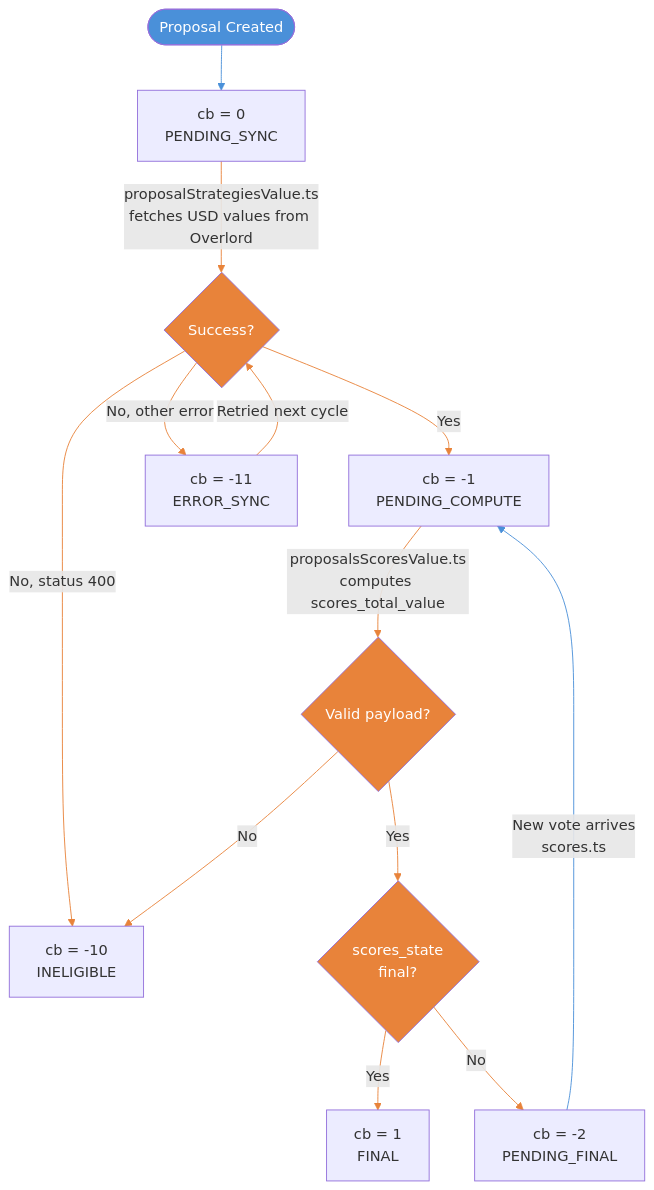
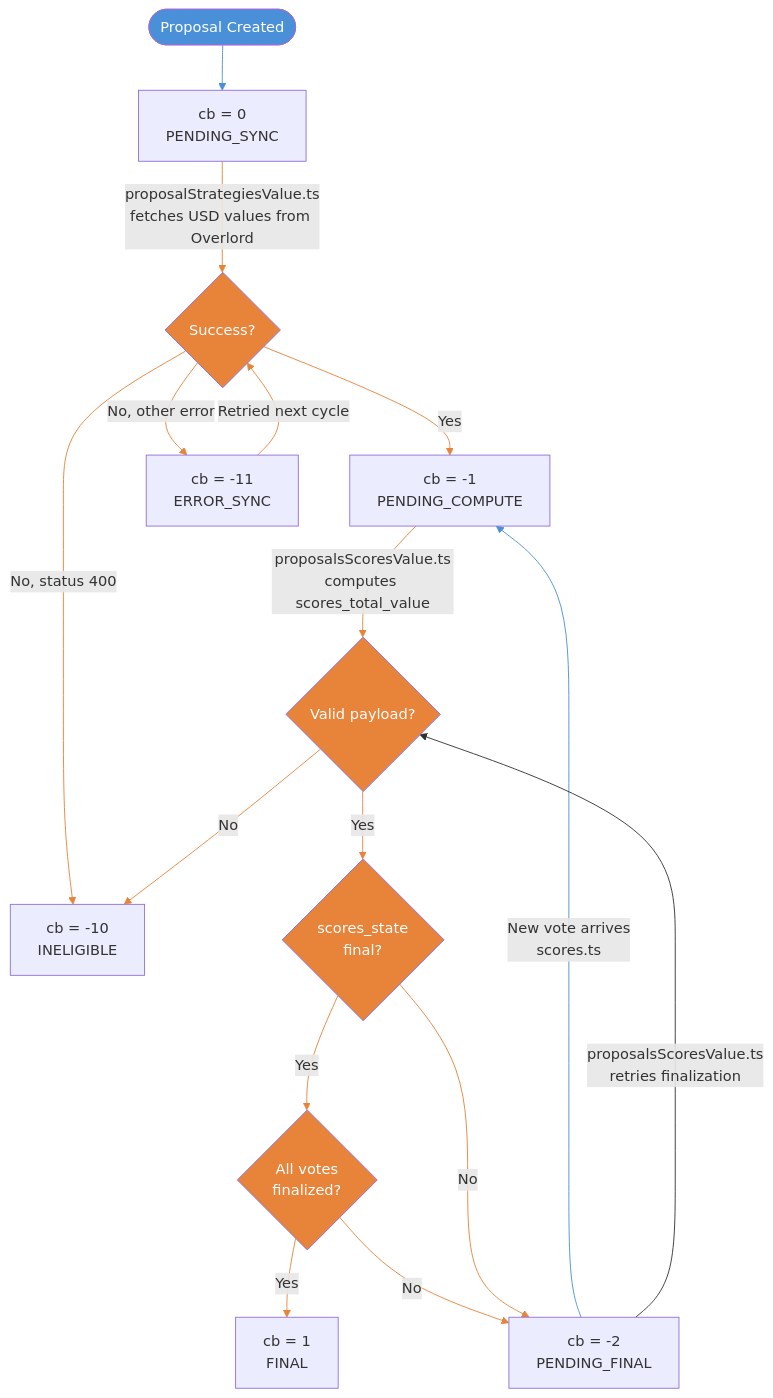
Before and after one commit to snapshot-labs/snapshot-sequencer: the first of 2 diagrams in docs/cb-flow.md, drawn with Mermaid. The commit also changed other lines of this file and 1 other file, not shown here.

Commit message:
fix: correct scores_total_value inflation for approval voting
For approval voting proposals, scores_by_strategy counts each voter's VP
once per approved choice, inflating scores_total_value. Instead, sum
vp_value directly from votes which counts each voter exactly once.

Also adds a finalization gate for all proposal types: proposals only
transition to cb=FINAL when all votes are in a terminal state, preventing
a race condition between proposalsScoresValue and votesVpValue jobs.

````diff
--- a/docs/cb-flow.md
+++ b/docs/cb-flow.md
@@ -18,26 +18,29 @@
 ```mermaid
 flowchart TD
     A([Proposal Created]):::user --> B["cb = 0<br>PENDING_SYNC"]
     B -->|proposalStrategiesValue.ts<br>fetches USD values from Overlord| C{Success?}
     C -->|Yes| D["cb = -1<br>PENDING_COMPUTE"]
     C -->|No, status 400| G
     C -->|No, other error| E["cb = -11<br>ERROR_SYNC"]
     E -->|Retried next cycle| C
     D -->|proposalsScoresValue.ts<br>computes scores_total_value| F{Valid payload?}
     F -->|No| G["cb = -10<br>INELIGIBLE"]
     F -->|Yes| H{scores_state<br>final?}
-    H -->|Yes| I["cb = 1<br>FINAL"]
+    H -->|Yes| K{All votes<br>finalized?}
+    K -->|Yes| I["cb = 1<br>FINAL"]
+    K -->|No| J
     H -->|No| J["cb = -2<br>PENDING_FINAL"]
     J -->|New vote arrives<br>scores.ts| D
+    J -->|proposalsScoresValue.ts<br>retries finalization| F
 
     classDef user fill:#4a90d9,color:#fff
     classDef async fill:#e8833a,color:#fff
 
     class A user
-    class C,F,H async
+    class C,F,H,K async
     class B,D,E,G,I,J default
 
     linkStyle 0 stroke:#4a90d9
-    linkStyle 1,2,3,4,5,6,7,8,9,10 stroke:#e8833a
-    linkStyle 11 stroke:#4a90d9
+    linkStyle 1,2,3,4,5,6,7,8,9,10,11,12 stroke:#e8833a
+    linkStyle 13 stroke:#4a90d9
 ```
````
